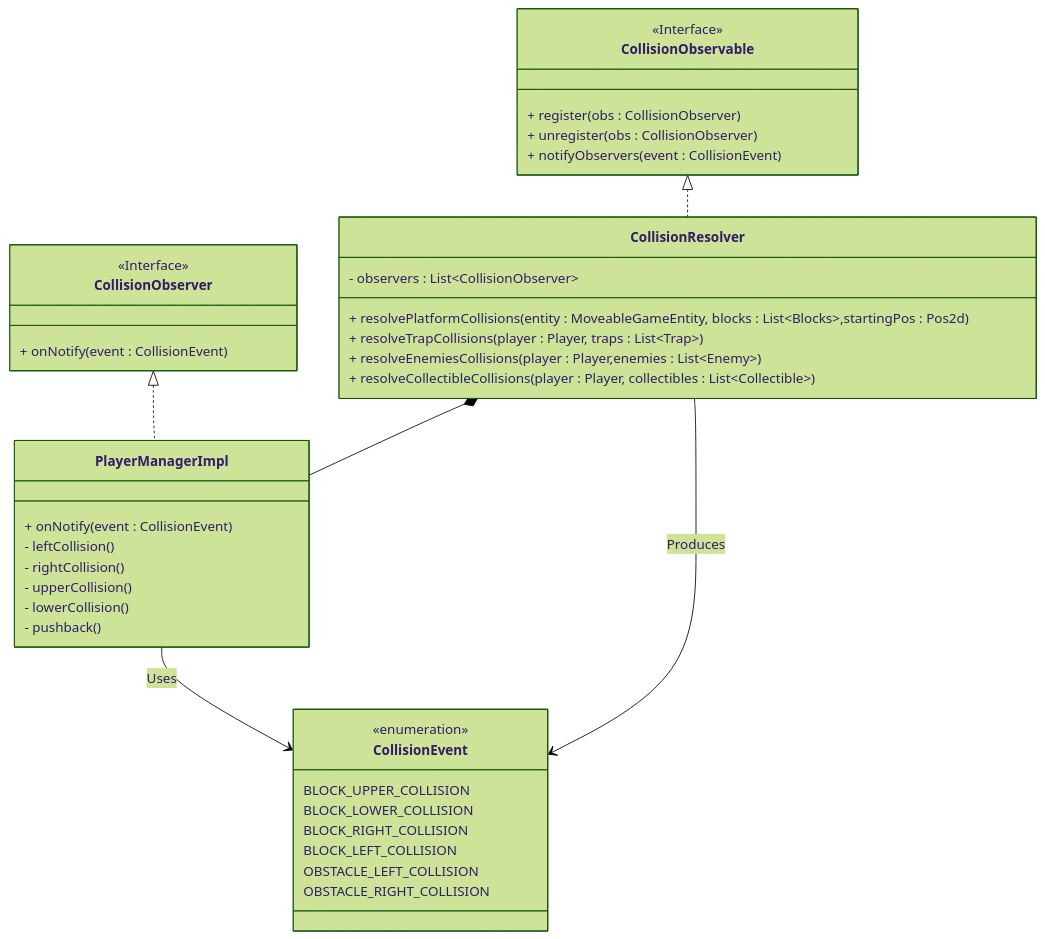
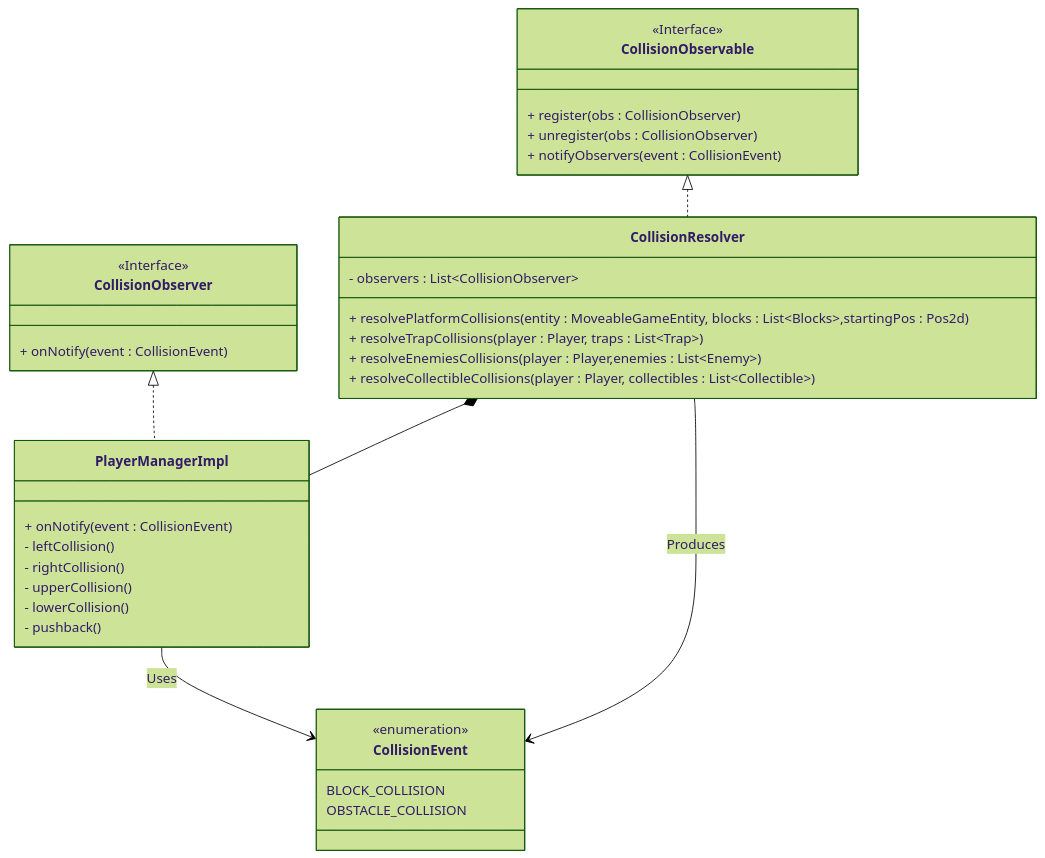
Before and after one commit to unibo-oop-projects/OOP23-FilippoMassariFilippoMassari6studio-MatteoBagnolini-FilippoMassari-SaadElMaliki-Matteo-SUPSON: the third of 4 diagrams in report.md, drawn with Mermaid (forest theme).

Commit message:
update report

````diff
--- a/report.md
+++ b/report.md
@@ -132,49 +132,45 @@
 ```mermaid
 classDiagram
     
     class CollisionObservable {
         <<Interface>>
         + register(obs : CollisionObserver)
         + unregister(obs : CollisionObserver)
         + notifyObservers(event : CollisionEvent)
     }
 
     class CollisionObserver {
         <<Interface>>
         + onNotify(event : CollisionEvent)
     }
 
     class CollisionResolver {
         - observers : List~CollisionObserver~
         + resolvePlatformCollisions(entity : MoveableGameEntity, blocks : List~Blocks~,startingPos : Pos2d)
         + resolveTrapCollisions(player : Player, traps : List~Trap~)
         + resolveEnemiesCollisions(player : Player,enemies : List~Enemy~)
         + resolveCollectibleCollisions(player : Player, collectibles : List~Collectible~)
     }
 
     class PlayerManagerImpl {
         + onNotify(event : CollisionEvent)
         - leftCollision()
         - rightCollision()
         - upperCollision()
         - lowerCollision()
         - pushback()
     }
 
     class CollisionEvent {
         <<enumeration>>
-        BLOCK_UPPER_COLLISION
-        BLOCK_LOWER_COLLISION
-        BLOCK_RIGHT_COLLISION
-        BLOCK_LEFT_COLLISION
-        OBSTACLE_LEFT_COLLISION
-        OBSTACLE_RIGHT_COLLISION
+        BLOCK_COLLISION
+        OBSTACLE_COLLISION
     }
 
     CollisionObservable <|.. CollisionResolver
     CollisionObserver <|.. PlayerManagerImpl
     CollisionResolver *-- PlayerManagerImpl
     CollisionResolver --> CollisionEvent : Produces
     PlayerManagerImpl --> CollisionEvent : Uses
 
 ```
````
